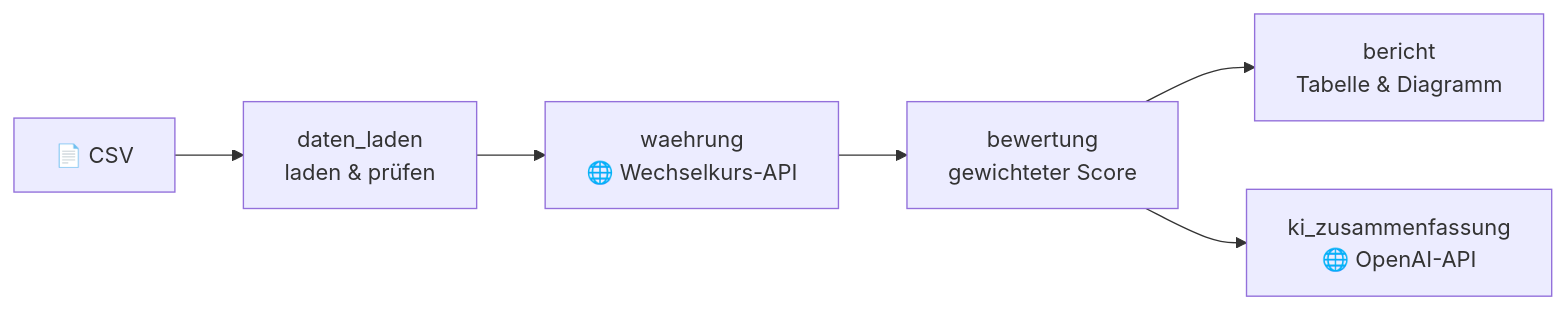
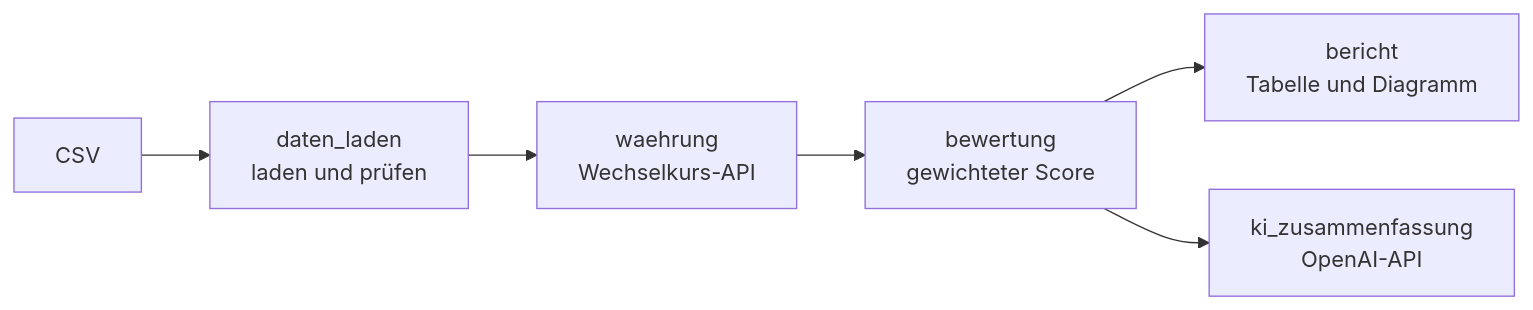
Before and after one commit to MaxXSammy/lieferanten-angebotsvergleich: the diagram in README.md, drawn with Mermaid. The commit also changed other lines of this file, not shown here.

````diff
--- a/README.md
+++ b/README.md
@@ -46,8 +38,8 @@
 ```mermaid
 flowchart LR
-    A[📄 CSV] --> B[daten_laden<br/>laden & prüfen]
-    B --> C[waehrung<br/>🌐 Wechselkurs-API]
+    A[CSV] --> B[daten_laden<br/>laden und prüfen]
+    B --> C[waehrung<br/>Wechselkurs-API]
     C --> D[bewertung<br/>gewichteter Score]
-    D --> E[bericht<br/>Tabelle & Diagramm]
-    D --> F[ki_zusammenfassung<br/>🌐 OpenAI-API]
+    D --> E[bericht<br/>Tabelle und Diagramm]
+    D --> F[ki_zusammenfassung<br/>OpenAI-API]
 ```
````
